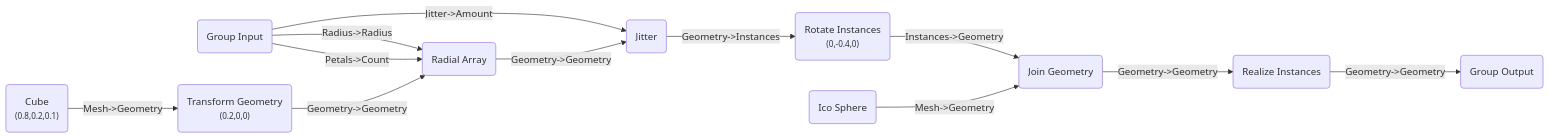
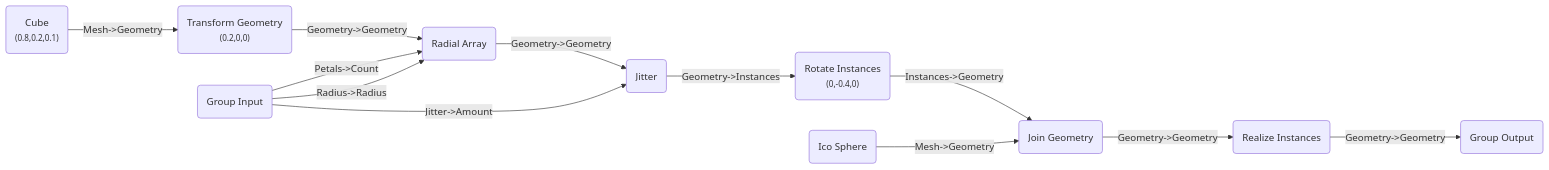
Before and after one commit to BradyAJohnston/nodebpy: the fifth of 5 diagrams in custom-node-groups.llms.md, drawn with Mermaid. The commit also changed other lines of this file and 104 other files, not shown here.

````diff
--- a/custom-node-groups.llms.md
+++ b/custom-node-groups.llms.md
@@ -212,24 +212,24 @@
 ``` mermaid
 graph LR
     N0("Group Input"):::default-node
     N1("Cube<br/><small>(0.8,0.2,0.1)</small>"):::geometry-node
     N2("Transform Geometry<br/><small>(0.2,0,0)</small>"):::geometry-node
     N3("Radial Array"):::geometry-node
     N4("Jitter"):::geometry-node
     N5("Rotate Instances<br/><small>(0,-0.4,0)</small>"):::geometry-node
     N6("Ico Sphere"):::geometry-node
     N7("Join Geometry"):::geometry-node
     N8("Realize Instances"):::geometry-node
     N9("Group Output"):::default-node
+    N8 -->|"Geometry->Geometry"| N9
     N1 -->|"Mesh->Geometry"| N2
+    N2 -->|"Geometry->Geometry"| N3
     N0 -->|"Petals->Count"| N3
     N0 -->|"Radius->Radius"| N3
-    N2 -->|"Geometry->Geometry"| N3
     N3 -->|"Geometry->Geometry"| N4
+    N0 -->|"Jitter->Amount"| N4
     N4 -->|"Geometry->Instances"| N5
+    N5 -->|"Instances->Geometry"| N7
     N6 -->|"Mesh->Geometry"| N7
-    N5 -->|"Instances->Geometry"| N7
     N7 -->|"Geometry->Geometry"| N8
-    N8 -->|"Geometry->Geometry"| N9
-    N0 -->|"Jitter->Amount"| N4
 ```
````
